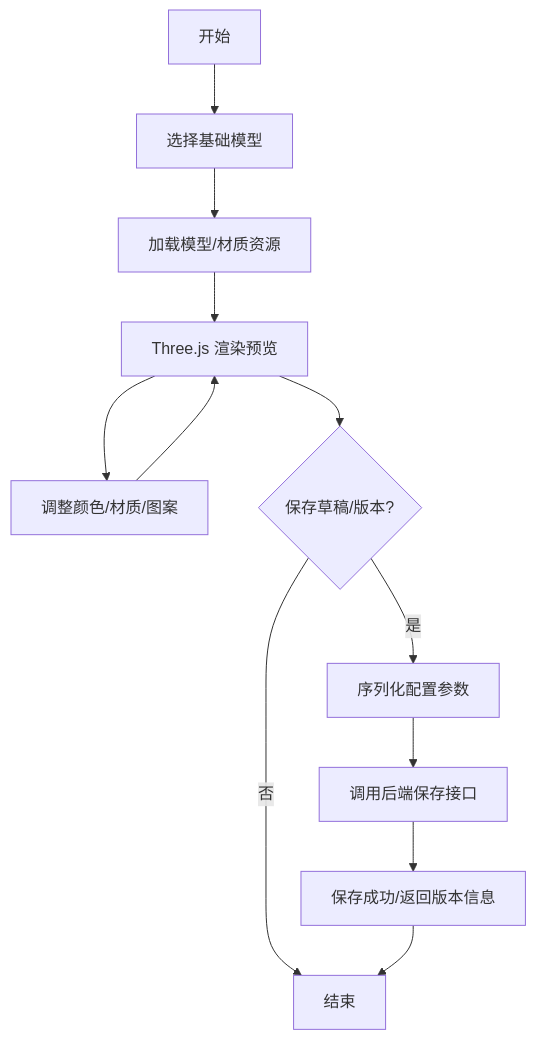
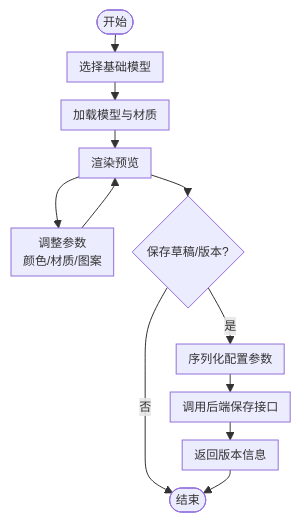
Before and after one commit to chosetop/bishe_latex: the fifth of 14 diagrams in MyText/4chapter.md, drawn with Mermaid. The commit also changed 14 other files, not shown here.

Commit message:
feat：差图片

````diff
--- a/MyText/4chapter.md
+++ b/MyText/4chapter.md
@@ -99,13 +99,15 @@
 ```mermaid
-flowchart TD
-  S[开始] --> M1[选择基础模型]
-  M1 --> M2[加载模型/材质资源]
-  M2 --> M3[Three.js 渲染预览]
-  M3 --> M4[调整颜色/材质/图案]
+%%{init: {'flowchart': {'nodeSpacing': 18, 'rankSpacing': 18, 'padding': 6}, 'themeVariables': {'fontSize': '12px'}} }%%
+flowchart TB
+  S([开始]) --> M1[选择基础模型]
+  M1 --> M2[加载模型与材质]
+  M2 --> M3[渲染预览]
+  M3 --> M4[调整参数<br/>颜色/材质/图案]
   M4 --> M3
-  M3 --> Save{保存草稿/版本?}
-  Save -- 否 --> End[结束]
-  Save -- 是 --> P[序列化配置参数]
+  M3 --> D{保存草稿/版本?}
+  D -- 否 --> E([结束])
+  D -- 是 --> P[序列化配置参数]
   P --> API[调用后端保存接口]
-  API --> Ok[保存成功/返回版本信息] --> End
+  API --> OK[返回版本信息]
+  OK --> E
 ```
````
